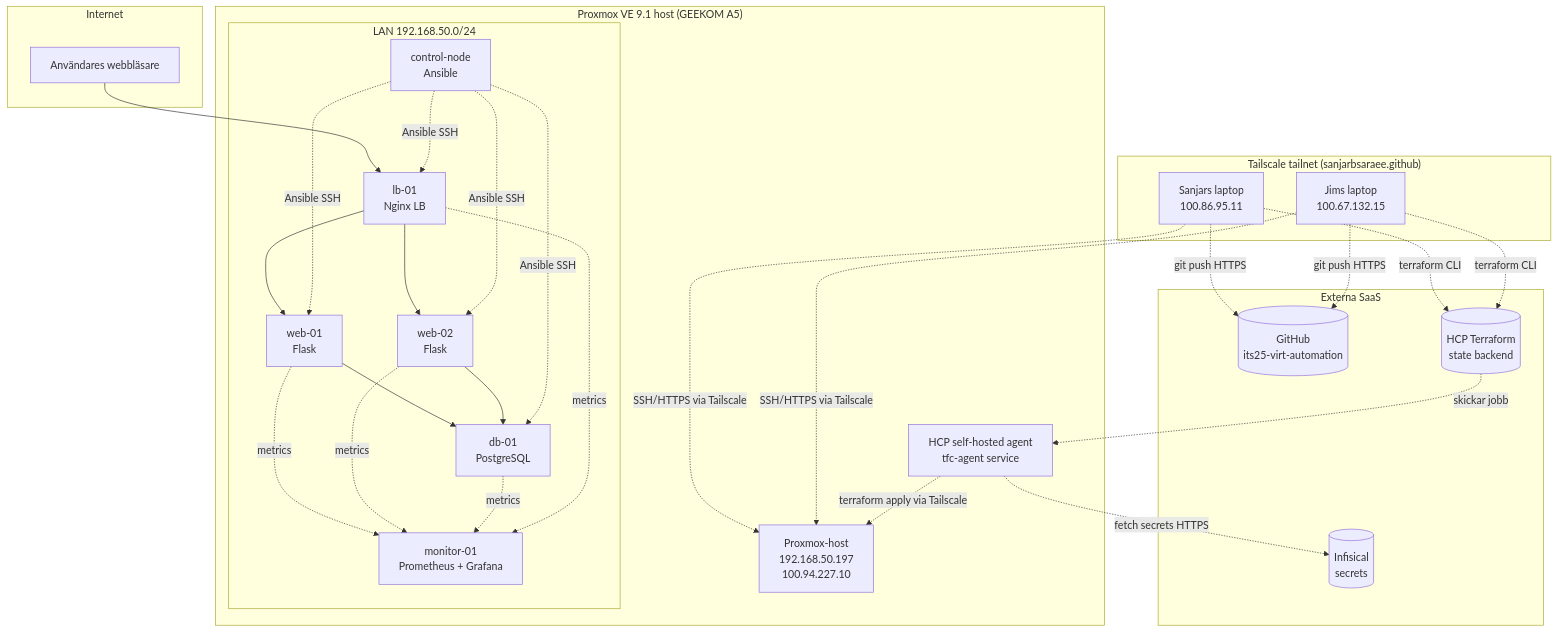
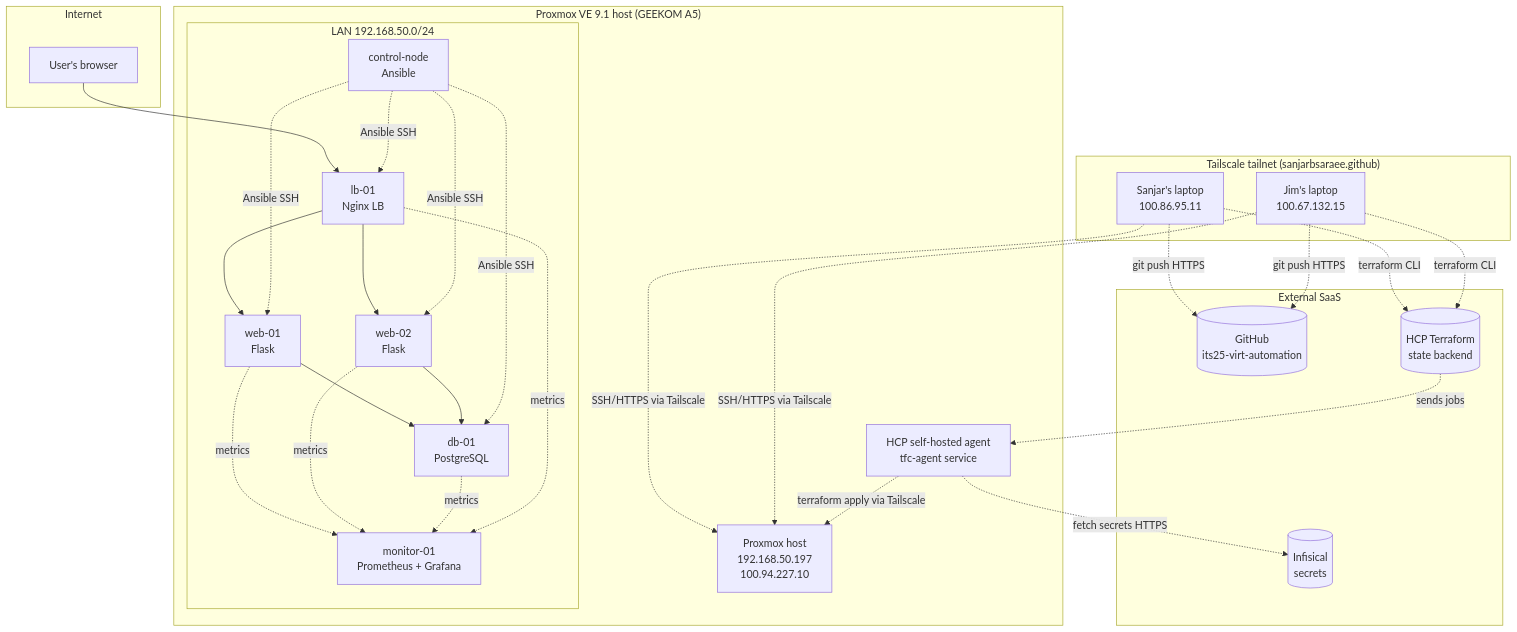
Before and after one commit to sanjarbsaraee/its25-virt-automation: the first of 2 diagrams in docs/project/PROJECT-PLAN.md, drawn with Mermaid. The commit also changed other lines of this file, not shown here.

````diff
--- a/docs/project/PROJECT-PLAN.md
+++ b/docs/project/PROJECT-PLAN.md
@@ -206,57 +206,57 @@
 ```mermaid
 flowchart TB
     subgraph Internet["Internet"]
-        UserBrowser[Användares webbläsare]
+        UserBrowser[User's browser]
     end
 
-    subgraph CloudServices["Externa SaaS"]
+    subgraph CloudServices["External SaaS"]
         GitHub[(GitHub<br/>its25-virt-automation)]
         HCP[(HCP Terraform<br/>state backend)]
         Infisical[(Infisical<br/>secrets)]
     end
 
     subgraph Tailnet["Tailscale tailnet (sanjarbsaraee.github)"]
-        SanjarLaptop[Sanjars laptop<br/>100.86.95.11]
-        JimLaptop[Jims laptop<br/>100.67.132.15]
+        SanjarLaptop[Sanjar's laptop<br/>100.86.95.11]
+        JimLaptop[Jim's laptop<br/>100.67.132.15]
     end
 
     subgraph Host["Proxmox VE 9.1 host (GEEKOM A5)"]
-        PVE[Proxmox-host<br/>192.168.50.197<br/>100.94.227.10]
+        PVE[Proxmox host<br/>192.168.50.197<br/>100.94.227.10]
         Agent[HCP self-hosted agent<br/>tfc-agent service]
 
         subgraph LAN["LAN 192.168.50.0/24"]
             CN[control-node<br/>Ansible]
             LB[lb-01<br/>Nginx LB]
             WEB1[web-01<br/>Flask]
             WEB2[web-02<br/>Flask]
             DB[db-01<br/>PostgreSQL]
             MON[monitor-01<br/>Prometheus + Grafana]
         end
     end
 
     UserBrowser --> LB
     LB --> WEB1
     LB --> WEB2
     WEB1 --> DB
     WEB2 --> DB
 
     SanjarLaptop -.SSH/HTTPS via Tailscale.-> PVE
     JimLaptop -.SSH/HTTPS via Tailscale.-> PVE
     SanjarLaptop -.git push HTTPS.-> GitHub
     JimLaptop -.git push HTTPS.-> GitHub
     SanjarLaptop -.terraform CLI.-> HCP
     JimLaptop -.terraform CLI.-> HCP
-    HCP -.skickar jobb.-> Agent
+    HCP -.sends jobs.-> Agent
     Agent -.terraform apply via Tailscale.-> PVE
     Agent -.fetch secrets HTTPS.-> Infisical
 
     CN -.Ansible SSH.-> WEB1
     CN -.Ansible SSH.-> WEB2
     CN -.Ansible SSH.-> DB
     CN -.Ansible SSH.-> LB
 
     WEB1 -.metrics.-> MON
     WEB2 -.metrics.-> MON
     DB -.metrics.-> MON
     LB -.metrics.-> MON
 ```
````
